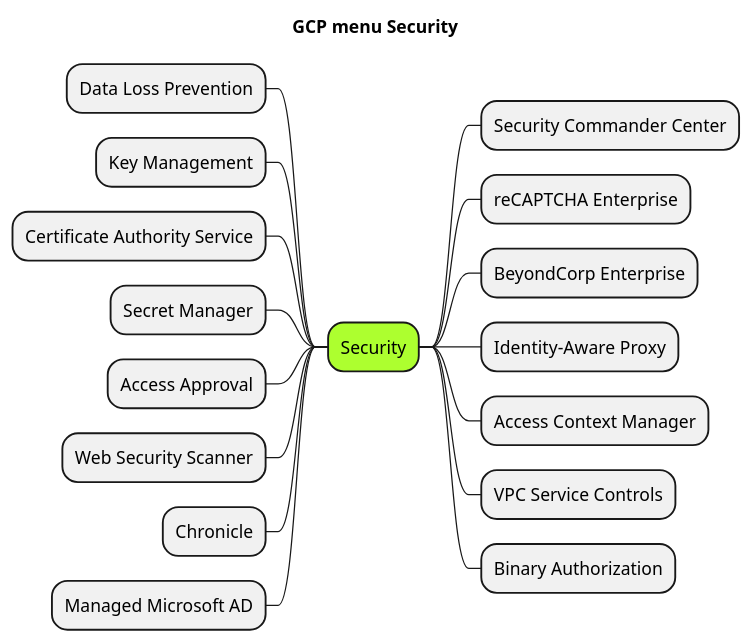
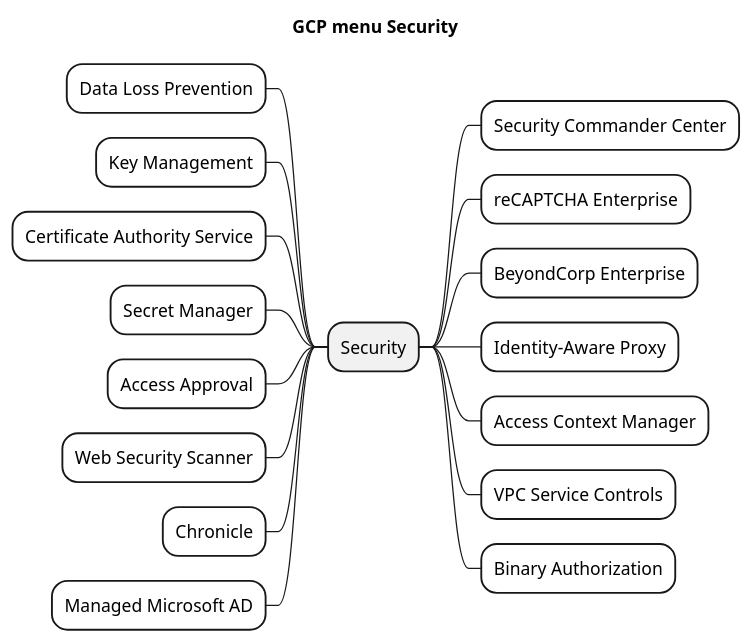
The diagram in gcp/img/gcp_menu1_2security.puml (pham-anh/learn-lpic), drawn with PlantUML before and after one commit. The commit also changed 12 other files, not shown here.

```diff
--- a/gcp/img/gcp_menu1_2security.puml
+++ b/gcp/img/gcp_menu1_2security.puml
@@ -1,21 +1,21 @@
 @startmindmap
 title GCP menu Security
 
-*[#GreenYellow] Security
-** Security Commander Center
-** reCAPTCHA Enterprise
-** BeyondCorp Enterprise
-** Identity-Aware Proxy
-** Access Context Manager
-** VPC Service Controls
-** Binary Authorization
--- Data Loss Prevention
--- Key Management
--- Certificate Authority Service
--- Secret Manager
--- Access Approval
--- Web Security Scanner
--- Chronicle
--- Managed Microsoft AD
+* Security
+**[#White] Security Commander Center
+**[#White] reCAPTCHA Enterprise
+**[#White] BeyondCorp Enterprise
+**[#White] Identity-Aware Proxy
+**[#White] Access Context Manager
+**[#White] VPC Service Controls
+**[#White] Binary Authorization
+--[#White] Data Loss Prevention
+--[#White] Key Management
+--[#White] Certificate Authority Service
+--[#White] Secret Manager
+--[#White] Access Approval
+--[#White] Web Security Scanner
+--[#White] Chronicle
+--[#White] Managed Microsoft AD
 
 @endmindmap
```
